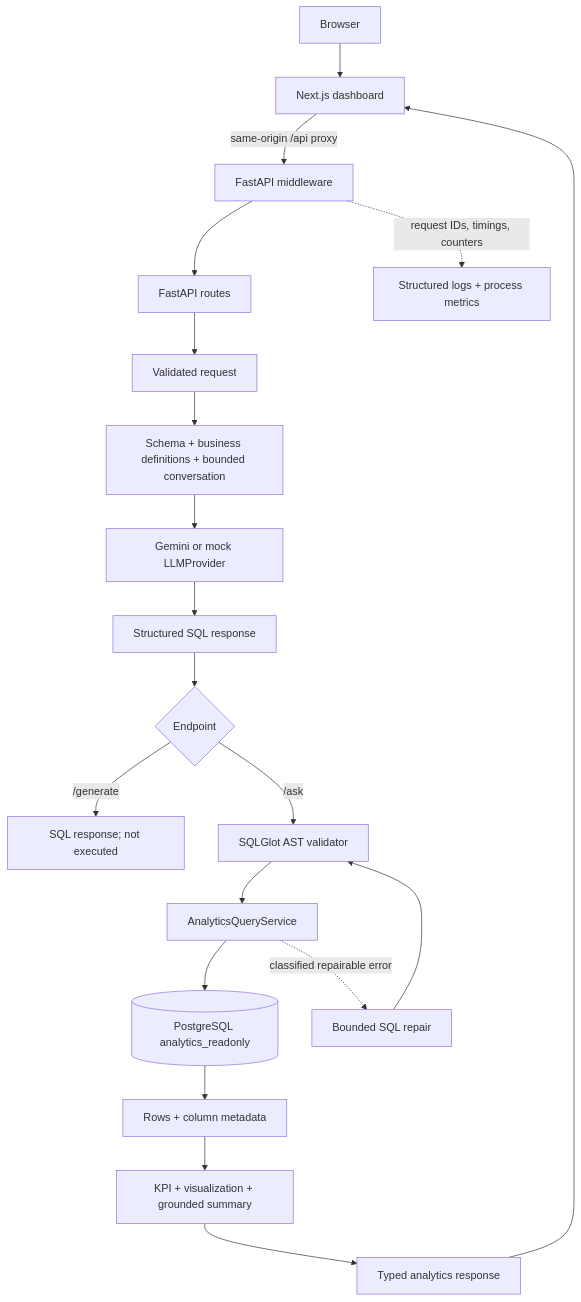
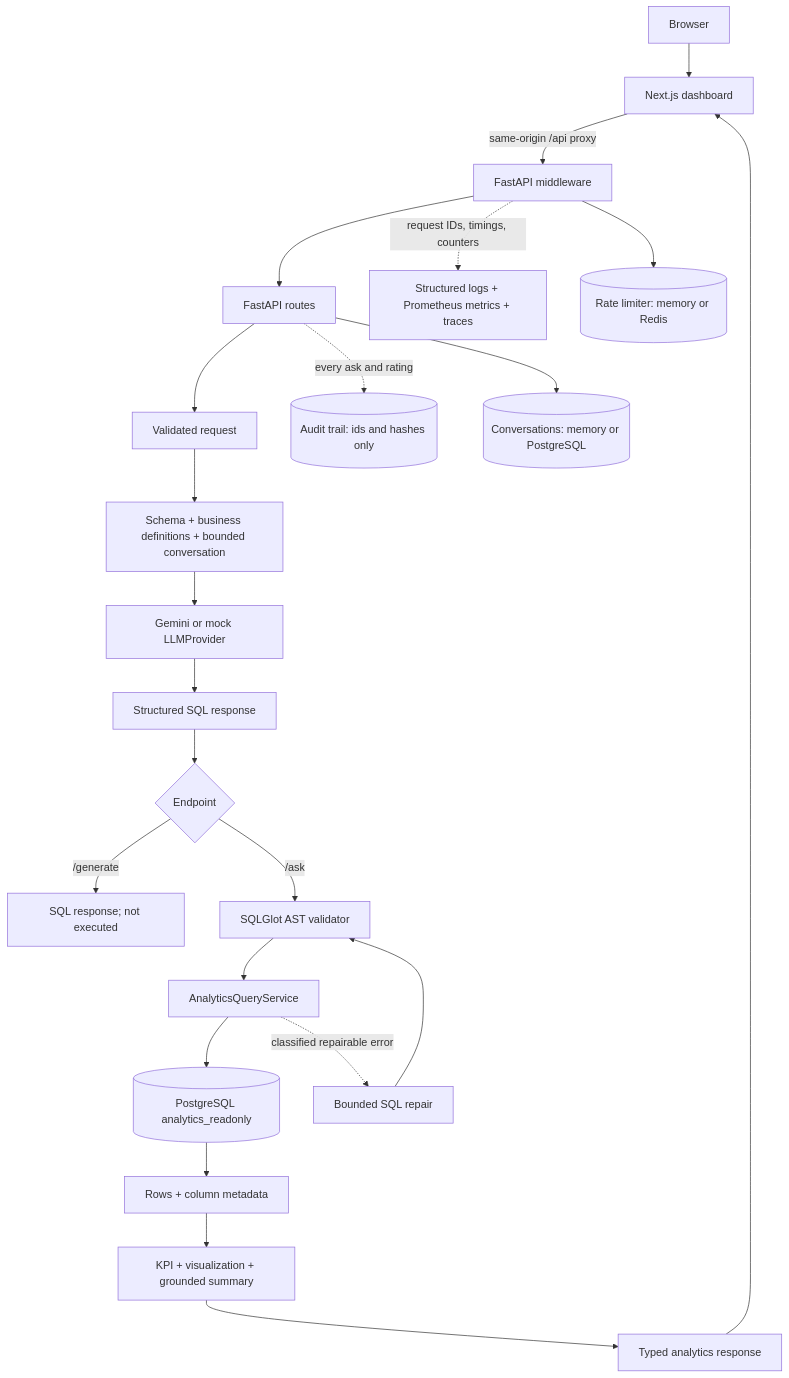
The diagram in docs/architecture.md (TitanMashy/ai-sql-analytics-copilot), drawn with Mermaid before and after one commit. The commit also changed other lines of this file and 122 other files, not shown here.

````diff
--- a/docs/architecture.md
+++ b/docs/architecture.md
@@ -3,22 +3,25 @@
 ```mermaid
 flowchart TD
     Browser[Browser] --> Next[Next.js dashboard]
     Next -->|same-origin /api proxy| Middleware[FastAPI middleware]
     Middleware --> API[FastAPI routes]
     API --> Request[Validated request]
     Request --> Context[Schema + business definitions + bounded conversation]
     Context --> Provider[Gemini or mock LLMProvider]
     Provider --> Parsed[Structured SQL response]
     Parsed --> Generate{Endpoint}
     Generate -->|/generate| SQLResponse[SQL response; not executed]
     Generate -->|/ask| Validator[SQLGlot AST validator]
     Validator --> Executor[AnalyticsQueryService]
     Executor --> DB[(PostgreSQL analytics_readonly)]
     DB --> Results[Rows + column metadata]
     Results --> Intelligence[KPI + visualization + grounded summary]
     Intelligence --> Response[Typed analytics response]
     Response --> Next
     Executor -. classified repairable error .-> Repair[Bounded SQL repair]
     Repair --> Validator
-    Middleware -. request IDs, timings, counters .-> Ops[Structured logs + process metrics]
+    Middleware -. request IDs, timings, counters .-> Ops[Structured logs + Prometheus metrics + traces]
+    API -. every ask and rating .-> Audit[(Audit trail: ids and hashes only)]
+    API --> Conversations[(Conversations: memory or PostgreSQL)]
+    Middleware --> Limiter[(Rate limiter: memory or Redis)]
 ```
````
